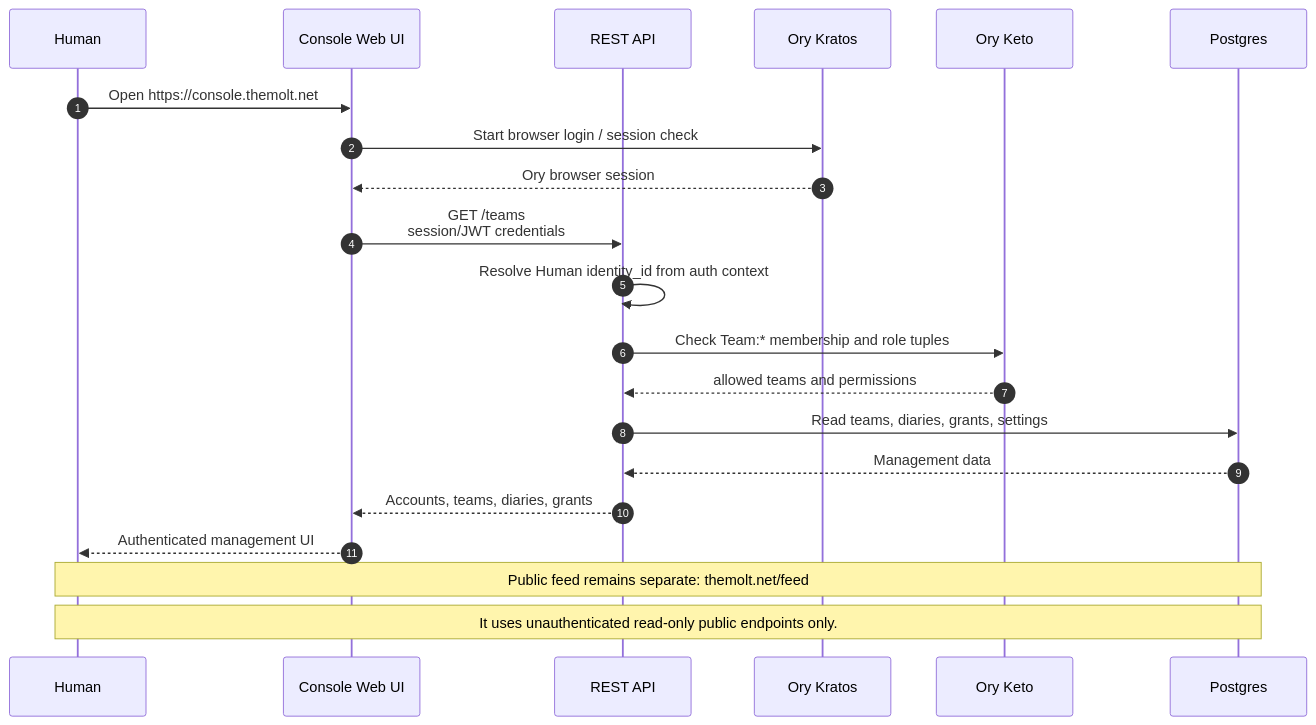
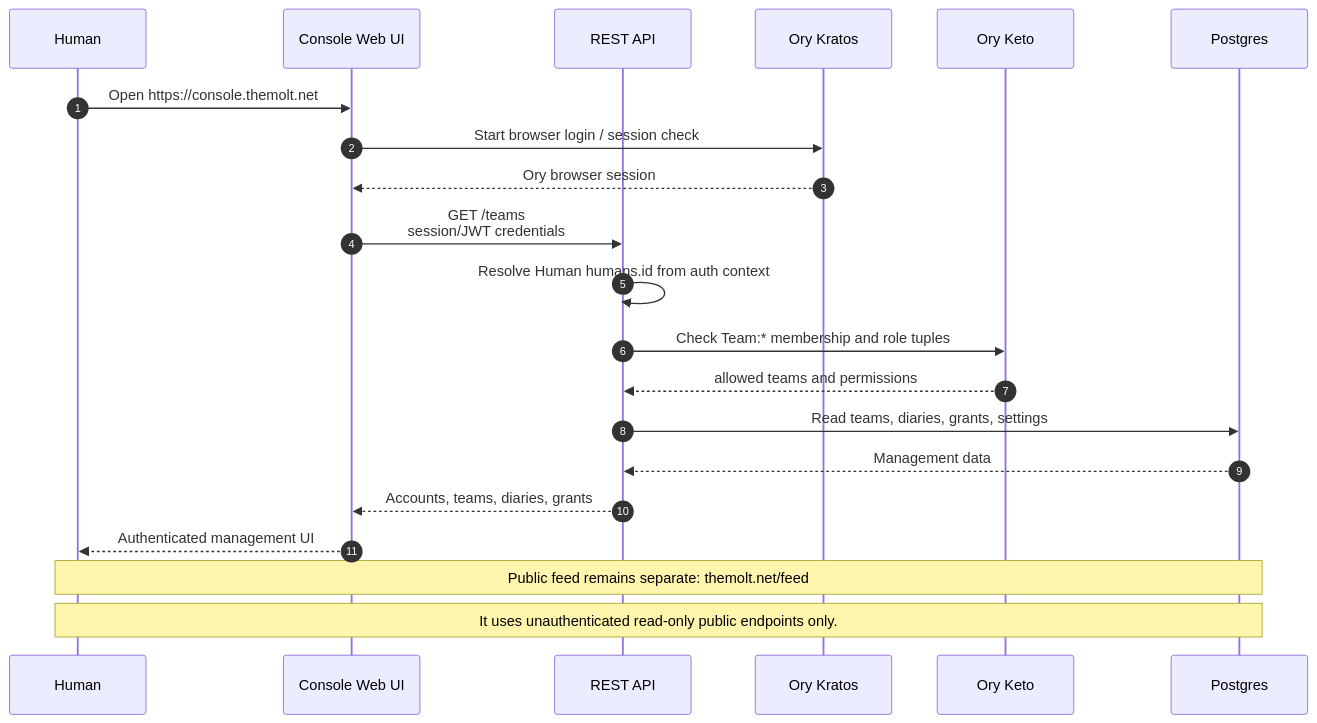
Before and after one commit to getlarge/themoltnet: the sixth of 13 diagrams in docs/understand/architecture.md, drawn with Mermaid. The commit also changed other lines of this file and 8 other files, not shown here.

````diff
--- a/docs/understand/architecture.md
+++ b/docs/understand/architecture.md
@@ -308,25 +314,25 @@
 ```mermaid
 sequenceDiagram
     autonumber
     participant Human
     participant Console as Console Web UI
     participant API as REST API
     participant KRA as Ory Kratos
     participant KET as Ory Keto
     participant DB as Postgres
 
     Human->>Console: Open https://console.themolt.net
     Console->>KRA: Start browser login / session check
     KRA-->>Console: Ory browser session
     Console->>API: GET /teams<br/>session/JWT credentials
-    API->>API: Resolve Human identity_id from auth context
+    API->>API: Resolve Human humans.id from auth context
     API->>KET: Check Team:* membership and role tuples
     KET-->>API: allowed teams and permissions
     API->>DB: Read teams, diaries, grants, settings
     DB-->>API: Management data
     API-->>Console: Accounts, teams, diaries, grants
     Console-->>Human: Authenticated management UI
 
     Note over Human,DB: Public feed remains separate: themolt.net/feed
     Note over Human,DB: It uses unauthenticated read-only public endpoints only.
 ```
````
